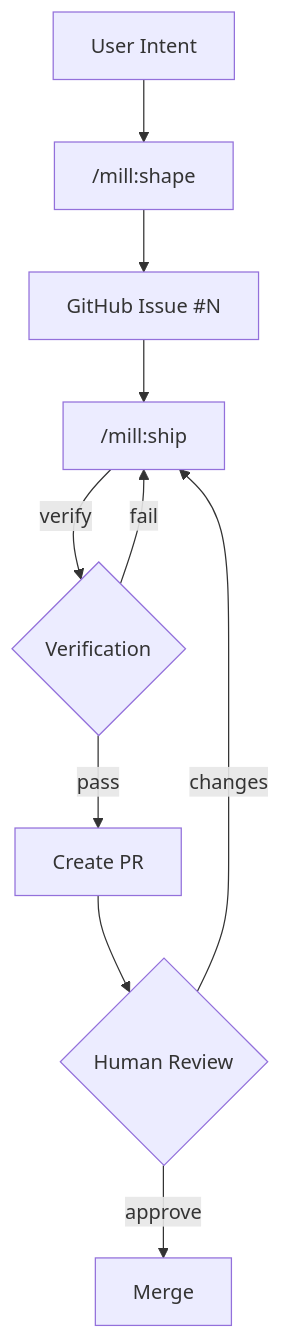
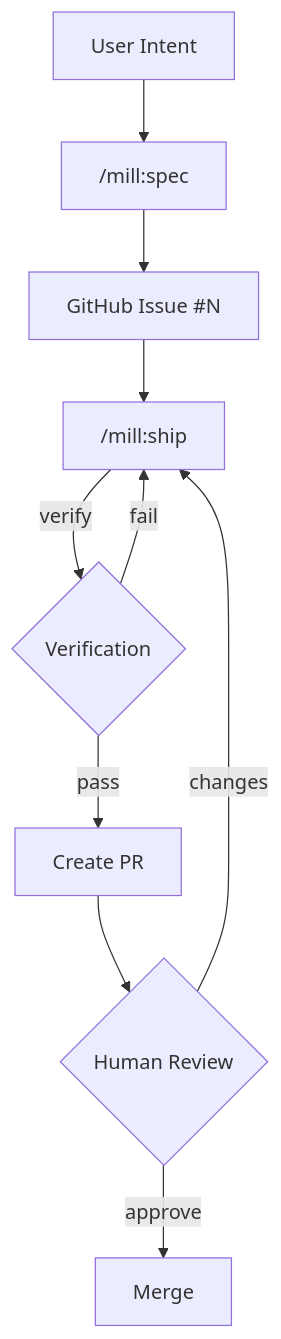
One commit to mindrevolution/mill changed the diagram in AGENTS.md. Above: the diagram before and after it, drawn with Mermaid. The commit also changed other lines of this file and 9 other files, not shown here.

First line of the commit message:
feat(spec): rename shape to spec, add R × A × C coverage model

````diff
--- a/AGENTS.md
+++ b/AGENTS.md
@@ -89,12 +89,12 @@
 ```mermaid
 flowchart TD
-    A[User Intent] --> B["/mill:shape"]
+    A[User Intent] --> B["/mill:spec"]
     B --> C["GitHub Issue #N"]
     C --> D["/mill:ship"]
     D -->|verify| E{Verification}
     E -->|pass| F["Create PR"]
     E -->|fail| D
     F --> G{Human Review}
     G -->|approve| H[Merge]
     G -->|changes| D
 ```
````
